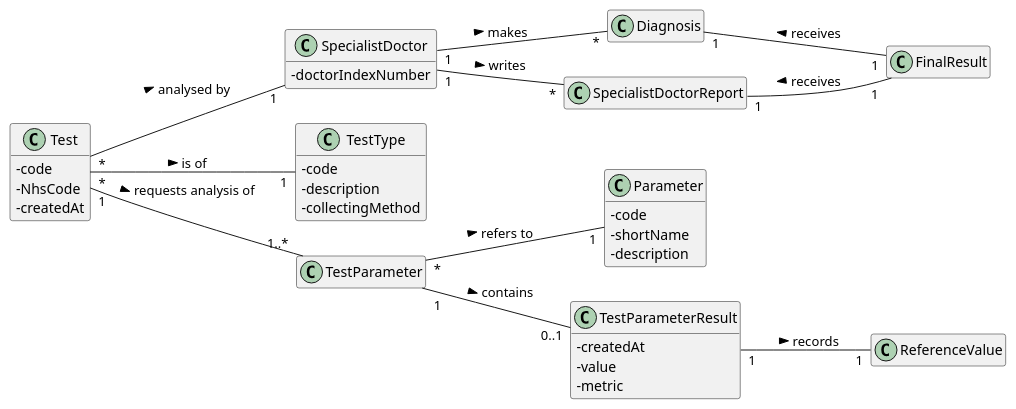
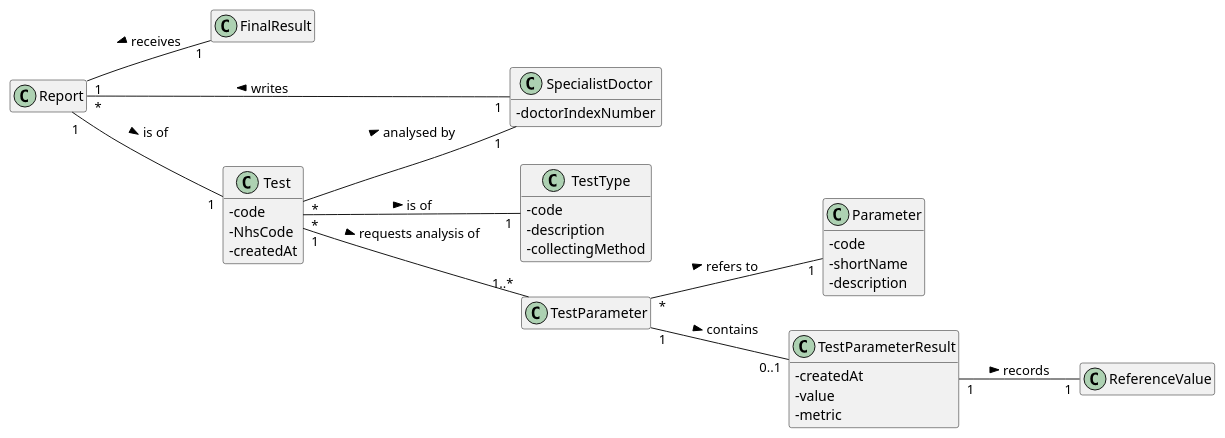
Before and after one commit to ana-albergaria/LAPR2-ISEP: the diagram in docs/SprintC/US_14/US14_DM.puml, drawn with PlantUML. The commit also changed 2 other files, not shown here.

```diff
--- a/docs/SprintC/US_14/US14_DM.puml
+++ b/docs/SprintC/US_14/US14_DM.puml
@@ -1,61 +1,62 @@
 @startuml
 
 skinparam classAttributeIconSize 0
 hide empty methods
 hide empty attributes
 left to right direction
 
 class FinalResult{}
 
 'class ChemicalResult{}
 
-class Diagnosis{}
+'class Diagnosis{}
 
-class SpecialistDoctorReport{}
+class Report{}
 
 class SpecialistDoctor{
 - doctorIndexNumber
 }
 
 class Test{
 - code
 - NhsCode
 - createdAt
 }
 
 class TestType{
 - code
 - description
 - collectingMethod
 }
 
 class TestParameter{}
 
 class Parameter{
 - code
 - shortName
 - description
 }
 
 class TestParameterResult{
 - createdAt
 - value
 - metric
 }
 
 class ReferenceValue{}
 
 'ChemicalResult "1" -- "1" Test : presented under >
 Test "*" -- "1" SpecialistDoctor : analysed by >
-SpecialistDoctor "1" -- "*" Diagnosis : makes >
-SpecialistDoctor "1" -- "*" SpecialistDoctorReport : writes >
-Diagnosis "1" -- "1" FinalResult : receives <
-SpecialistDoctorReport "1" -- "1" FinalResult : receives <
+'SpecialistDoctor "1" -- "*" Diagnosis : makes >
+SpecialistDoctor "1" -- "*" Report : writes >
+'Diagnosis "1" -- "1" FinalResult : receives <
+Report "1" -- "1" FinalResult : receives <
+Report "1" -- "1" Test : is of >
 Test "*" -- "1" TestType : is of >
 Test "1" -- "1..*" TestParameter : requests analysis of >
 TestParameter "*" -- "1" Parameter : refers to >
 TestParameter "1" -- "0..1" TestParameterResult : contains >
 TestParameterResult "1" -- "1" ReferenceValue : records >
 
 
 @enduml
```
